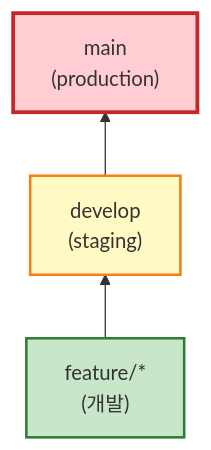
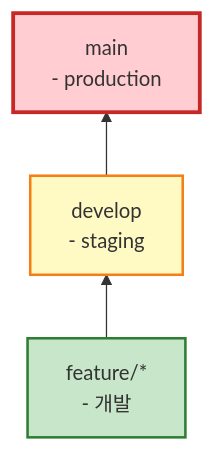
Before and after one commit to infeelchoi/q-docs: the fourth of 4 diagrams in 03-deployment/GITOPS-DEPLOYMENT.md, drawn with Mermaid. The commit also changed other lines of this file and 12 other files, not shown here.

First line of the commit message:
🔧 Mermaid 다이어그램 괄호 패턴 파싱 오류 수정

````diff
--- a/03-deployment/GITOPS-DEPLOYMENT.md
+++ b/03-deployment/GITOPS-DEPLOYMENT.md
@@ -376,9 +376,9 @@
 ```mermaid
 graph BT
-    A["feature/*<br/>(개발)"] --> B["develop<br/>(staging)"]
-    B --> C["main<br/>(production)"]
+    A["feature/*<br/>- 개발"] --> B["develop<br/>- staging"]
+    B --> C["main<br/>- production"]
 
     style C fill:#ffcdd2,stroke:#c62828,stroke-width:3px
     style B fill:#fff9c4,stroke:#f57f17,stroke-width:2px
     style A fill:#c8e6c9,stroke:#2e7d32,stroke-width:2px
 ```
````
